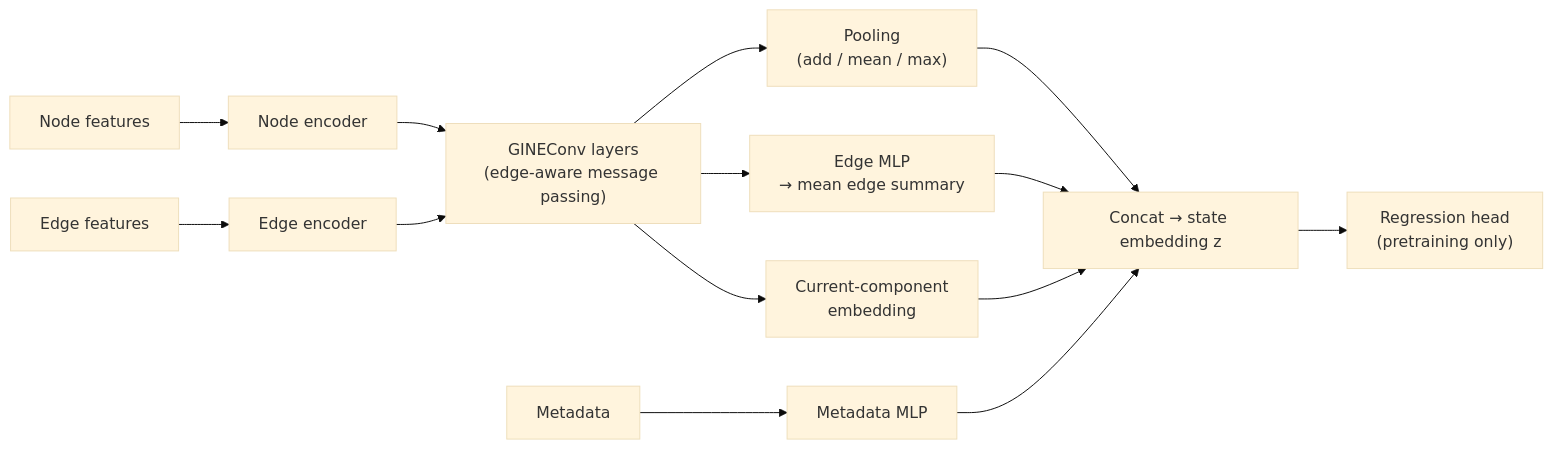
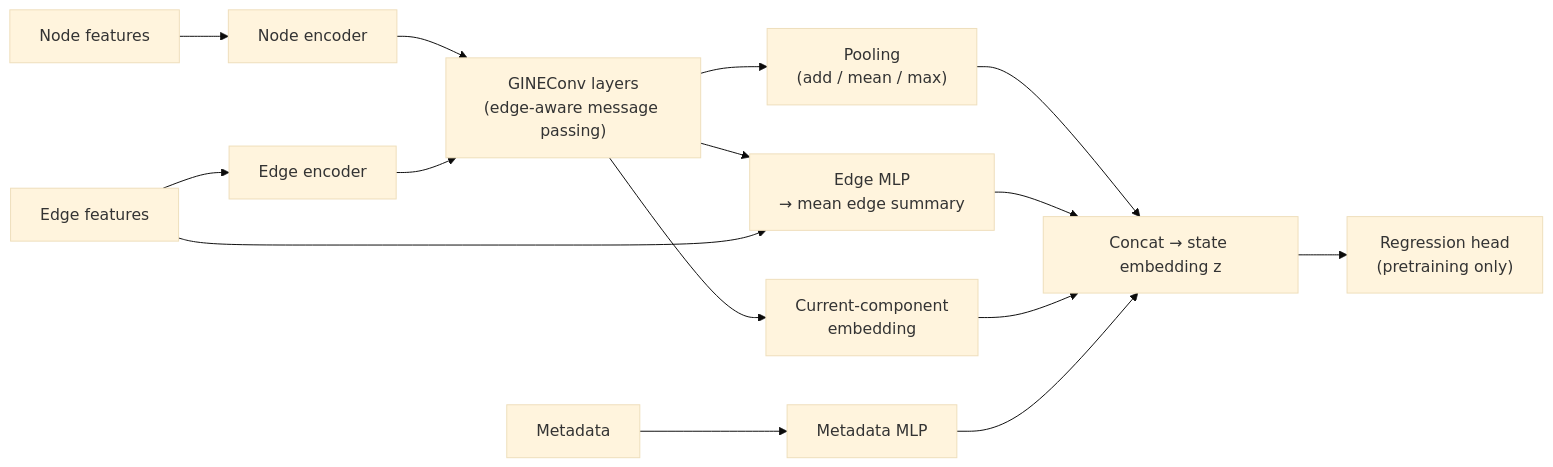
One commit to gmzonder/gnn-power-module-layout changed the third of 3 diagrams in README.md. Above: the diagram before and after it, drawn with Mermaid (base theme). The commit also changed other lines of this file, not shown here.

Commit message:
Align diagrams with thesis figures

````diff
--- a/README.md
+++ b/README.md
@@ -94,16 +95,17 @@
 ```mermaid
 flowchart LR
     NF["Node features"] --> NE["Node encoder"]
     EF["Edge features"] --> EE["Edge encoder"]
     NE --> G["GINEConv layers<br/>(edge-aware message passing)"]
     EE --> G
     G --> PL["Pooling<br/>(add / mean / max)"]
     G --> EM["Edge MLP<br/>→ mean edge summary"]
+    EF --> EM
     G --> CM["Current-component<br/>embedding"]
     M["Metadata"] --> ME["Metadata MLP"]
     PL --> Z["Concat → state embedding z"]
     EM --> Z
     CM --> Z
     ME --> Z
     Z --> H["Regression head<br/>(pretraining only)"]
 ```
````
